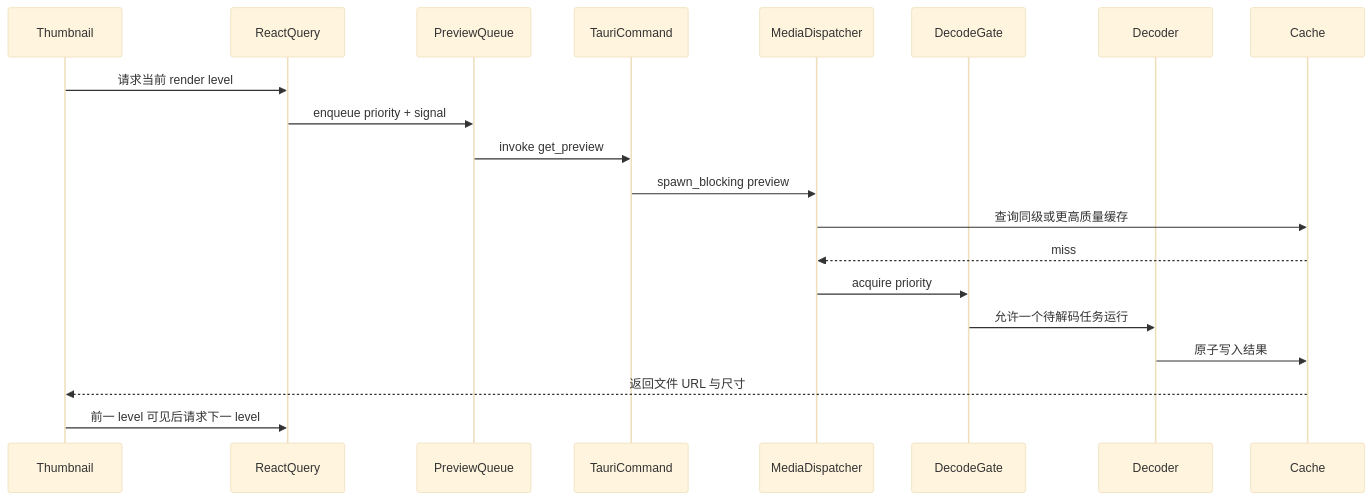
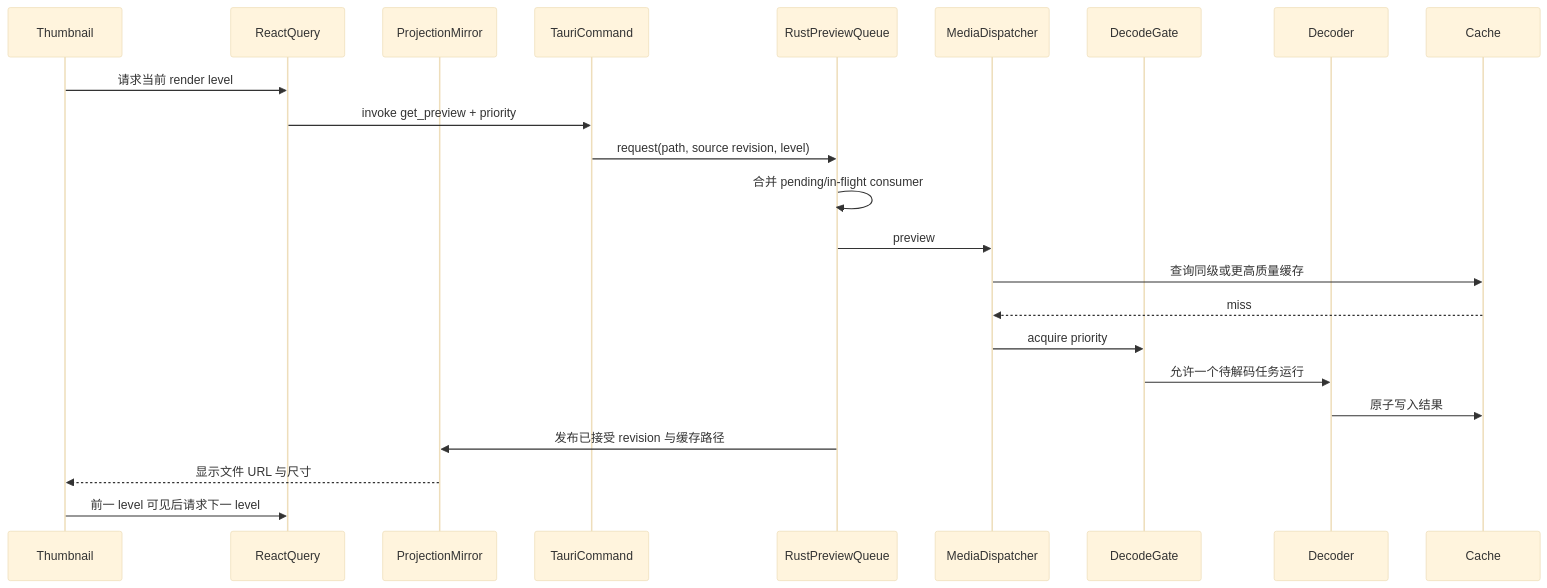
Before and after one commit to oxygenkun/oxyviewer: the first of 3 diagrams in docs/architecture/03-preview-pipeline.md, drawn with Mermaid (base theme). The commit also changed other lines of this file and 33 other files, not shown here.

````diff
--- a/docs/architecture/03-preview-pipeline.md
+++ b/docs/architecture/03-preview-pipeline.md
@@ -37,23 +38,26 @@
 ```mermaid
 sequenceDiagram
     participant Thumbnail
     participant ReactQuery
-    participant PreviewQueue
+    participant ProjectionMirror
     participant TauriCommand
+    participant RustPreviewQueue
     participant MediaDispatcher
     participant DecodeGate
     participant Decoder
     participant Cache
 
     Thumbnail->>ReactQuery: 请求当前 render level
-    ReactQuery->>PreviewQueue: enqueue priority + signal
-    PreviewQueue->>TauriCommand: invoke get_preview
-    TauriCommand->>MediaDispatcher: spawn_blocking preview
+    ReactQuery->>TauriCommand: invoke get_preview + priority
+    TauriCommand->>RustPreviewQueue: request(path, source revision, level)
+    RustPreviewQueue->>RustPreviewQueue: 合并 pending/in-flight consumer
+    RustPreviewQueue->>MediaDispatcher: preview
     MediaDispatcher->>Cache: 查询同级或更高质量缓存
     Cache-->>MediaDispatcher: miss
     MediaDispatcher->>DecodeGate: acquire priority
     DecodeGate->>Decoder: 允许一个待解码任务运行
     Decoder->>Cache: 原子写入结果
-    Cache-->>Thumbnail: 返回文件 URL 与尺寸
+    RustPreviewQueue->>ProjectionMirror: 发布已接受 revision 与缓存路径
+    ProjectionMirror-->>Thumbnail: 显示文件 URL 与尺寸
     Thumbnail->>ReactQuery: 前一 level 可见后请求下一 level
 ```
````
